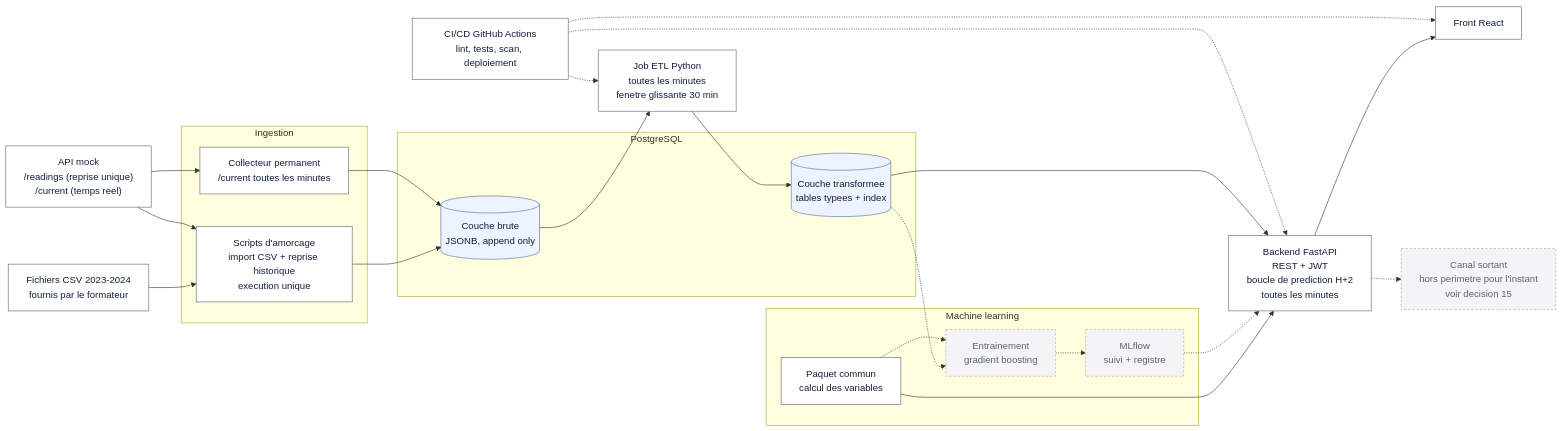
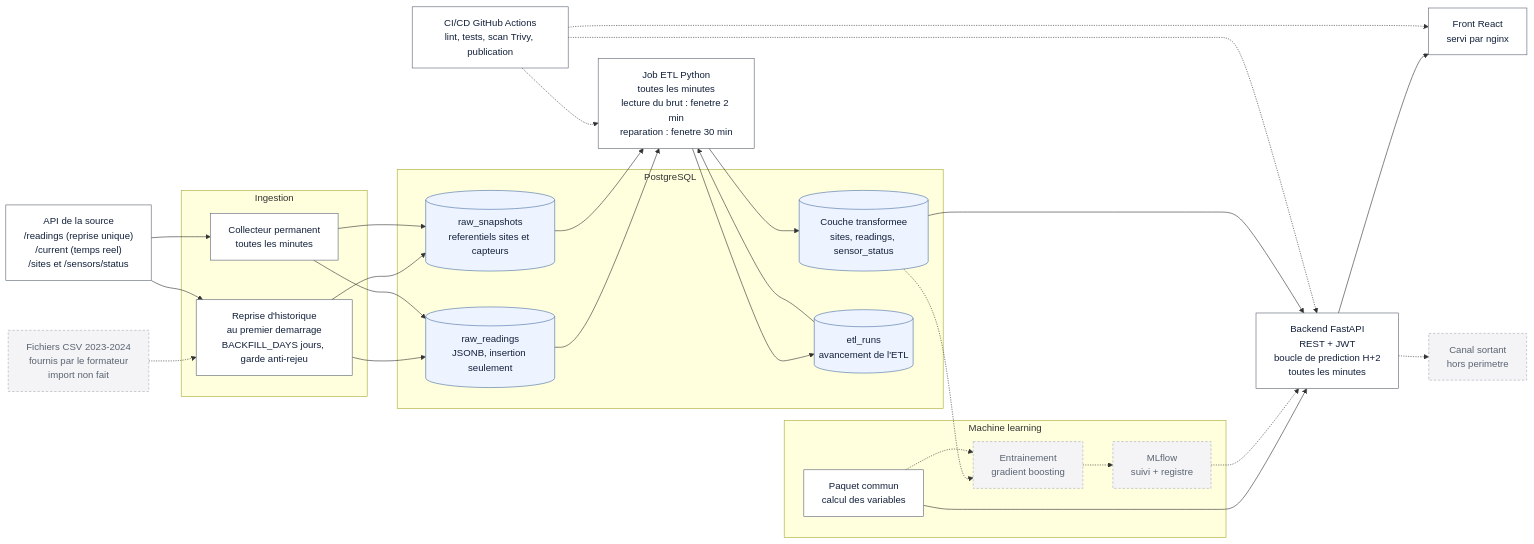
The diagram in docs/architecture.mmd (AlexisDRAUD/smart-energy-optimizer), drawn with Mermaid before and after one commit. The commit also changed 16 other files, not shown here.

```diff
--- a/docs/architecture.mmd
+++ b/docs/architecture.mmd
@@ -1,56 +1,63 @@
-%% Smart Energy Optimizer - architecture de realisation (equipe) - 01/09/2026
-%% En grise et en pointilles : ce qui est decide mais repousse (modele, MLflow,
-%% canal d'alerte sortant). Voir docs/decisions.md.
+%% Smart Energy Optimizer - architecture de realisation - mis a jour le 07/09/2026
+%% En grise et en pointilles : ce qui est decide mais pas fait (modele, MLflow,
+%% canal d'alerte sortant, import des CSV).
 %% A coller sur https://mermaid.live
 flowchart LR
-    CSV["Fichiers CSV 2023-2024<br/>fournis par le formateur"]
-    SRC["API mock<br/>/readings (reprise unique)<br/>/current (temps reel)"]
+    CSV["Fichiers CSV 2023-2024<br/>fournis par le formateur<br/>import non fait"]
+    SRC["API de la source<br/>/readings (reprise unique)<br/>/current (temps reel)<br/>/sites et /sensors/status"]
 
     subgraph INGEST["Ingestion"]
-        BOOT["Scripts d'amorcage<br/>import CSV + reprise historique<br/>execution unique"]
-        POLL["Collecteur permanent<br/>/current toutes les minutes"]
+        BOOT["Reprise d'historique<br/>au premier demarrage<br/>BACKFILL_DAYS jours, garde anti-rejeu"]
+        POLL["Collecteur permanent<br/>toutes les minutes"]
     end
 
     subgraph DB["PostgreSQL"]
-        RAW[("Couche brute<br/>JSONB, append only")]
-        CLEAN[("Couche transformee<br/>tables typees + index")]
+        RAW[("raw_readings<br/>JSONB, insertion seulement")]
+        SNAP[("raw_snapshots<br/>referentiels sites et capteurs")]
+        CLEAN[("Couche transformee<br/>sites, readings, sensor_status")]
+        RUNS[("etl_runs<br/>avancement de l'ETL")]
     end
 
-    TR["Job ETL Python<br/>toutes les minutes<br/>fenetre glissante 30 min"]
+    TR["Job ETL Python<br/>toutes les minutes<br/>lecture du brut : fenetre 2 min<br/>reparation : fenetre 30 min"]
 
     subgraph ML["Machine learning"]
         FEAT["Paquet commun<br/>calcul des variables"]
         TRAIN["Entrainement<br/>gradient boosting"]
         MLF["MLflow<br/>suivi + registre"]
     end
 
     BACK["Backend FastAPI<br/>REST + JWT<br/>boucle de prediction H+2<br/>toutes les minutes"]
-    FRONT["Front React"]
-    NOTIF["Canal sortant<br/>hors perimetre pour l'instant<br/>voir decision 15"]
-    CI["CI/CD GitHub Actions<br/>lint, tests, scan, deploiement"]
+    FRONT["Front React<br/>servi par nginx"]
+    NOTIF["Canal sortant<br/>hors perimetre"]
+    CI["CI/CD GitHub Actions<br/>lint, tests, scan Trivy, publication"]
 
-    CSV --> BOOT
+    CSV -.-> BOOT
     SRC --> BOOT
     SRC --> POLL
     BOOT --> RAW
+    BOOT --> SNAP
     POLL --> RAW
+    POLL --> SNAP
     RAW --> TR
+    SNAP --> TR
+    RUNS --> TR
     TR --> CLEAN
+    TR --> RUNS
     CLEAN -.-> TRAIN
     FEAT -.-> TRAIN
     FEAT --> BACK
     TRAIN -.-> MLF
     MLF -.-> BACK
     CLEAN --> BACK
     BACK --> FRONT
     BACK -.-> NOTIF
     CI -.-> TR
     CI -.-> BACK
     CI -.-> FRONT
 
     classDef store fill:#eef4ff,stroke:#4a6fa5,color:#12203a
     classDef later fill:#f4f4f6,stroke:#a8adb7,color:#5a6472,stroke-dasharray:4 3
     classDef proc fill:#ffffff,stroke:#5a6472,color:#12203a
-    class RAW,CLEAN store
-    class BOOT,POLL,TR,FEAT,BACK,FRONT,CI,CSV,SRC proc
-    class TRAIN,MLF,NOTIF later
+    class RAW,SNAP,CLEAN,RUNS store
+    class BOOT,POLL,TR,FEAT,BACK,FRONT,CI,SRC proc
+    class TRAIN,MLF,NOTIF,CSV later
```
